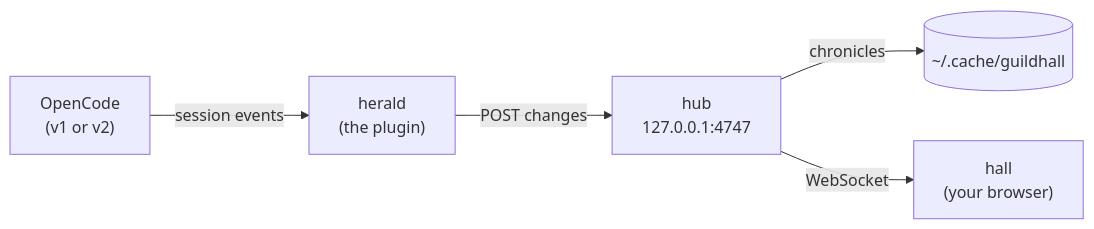
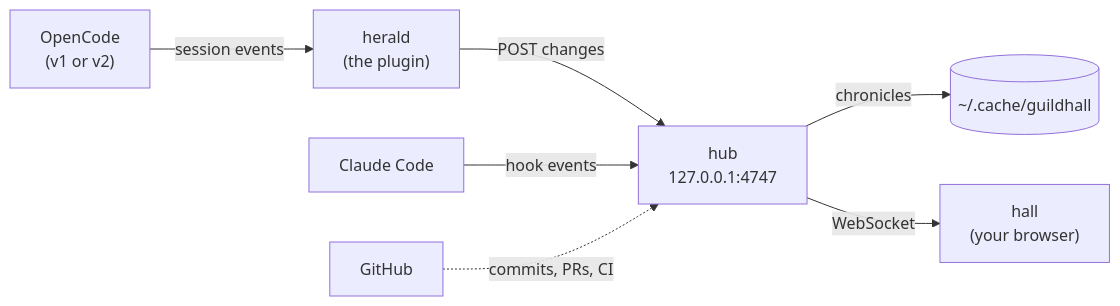
Before and after one commit to Codestz/guildhall: the diagram in README.md, drawn with Mermaid. The commit also changed other lines of this file and 11 other files, not shown here.

First line of the commit message:
opencode-guildhall 0.2.0: Claude Code ships in the package

````diff
--- a/README.md
+++ b/README.md
@@ -157,7 +190,9 @@
 ```mermaid
 flowchart LR
   OC["OpenCode<br/>(v1 or v2)"] -- session events --> H["herald<br/>(the plugin)"]
   H -- "POST changes" --> HUB["hub<br/>127.0.0.1:4747"]
   HUB -- chronicles --> DISK[("~/.cache/guildhall")]
+  CC["Claude Code"] -- "hook events" --> HUB
   HUB -- WebSocket --> HALL["hall<br/>(your browser)"]
+  GH["GitHub"] -. "commits, PRs, CI" .-> HUB
 ```
````
